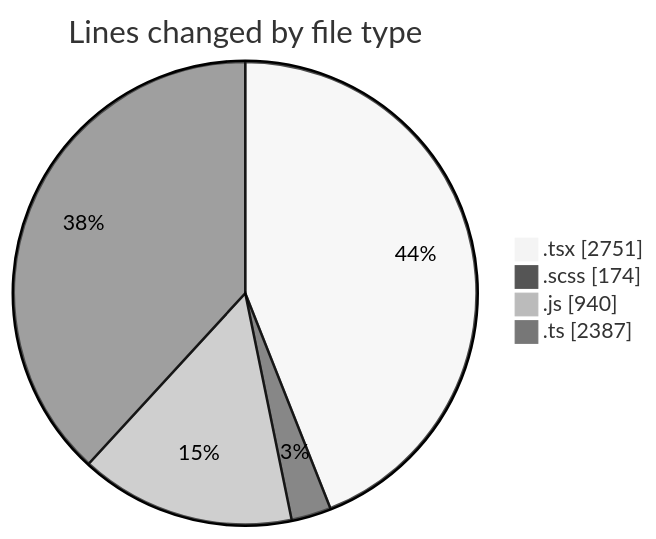
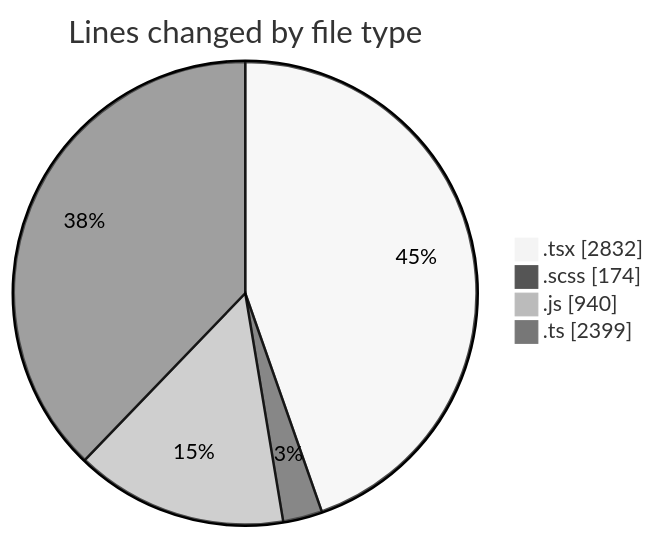
Before and after one commit to momahboobian/code-tracking: the first of 2 diagrams in 2026-07-15/cda/README.md, drawn with Mermaid (neutral theme). The commit also changed other lines of this file and 1 other file, not shown here.

````diff
--- a/2026-07-15/cda/README.md
+++ b/2026-07-15/cda/README.md
@@ -51,8 +51,8 @@
 ```mermaid
 pie showData
 title Lines changed by file type
-".tsx" : 2751
+".tsx" : 2832
 ".scss" : 174
 ".js" : 940
-".ts" : 2387
+".ts" : 2399
 ```
````
